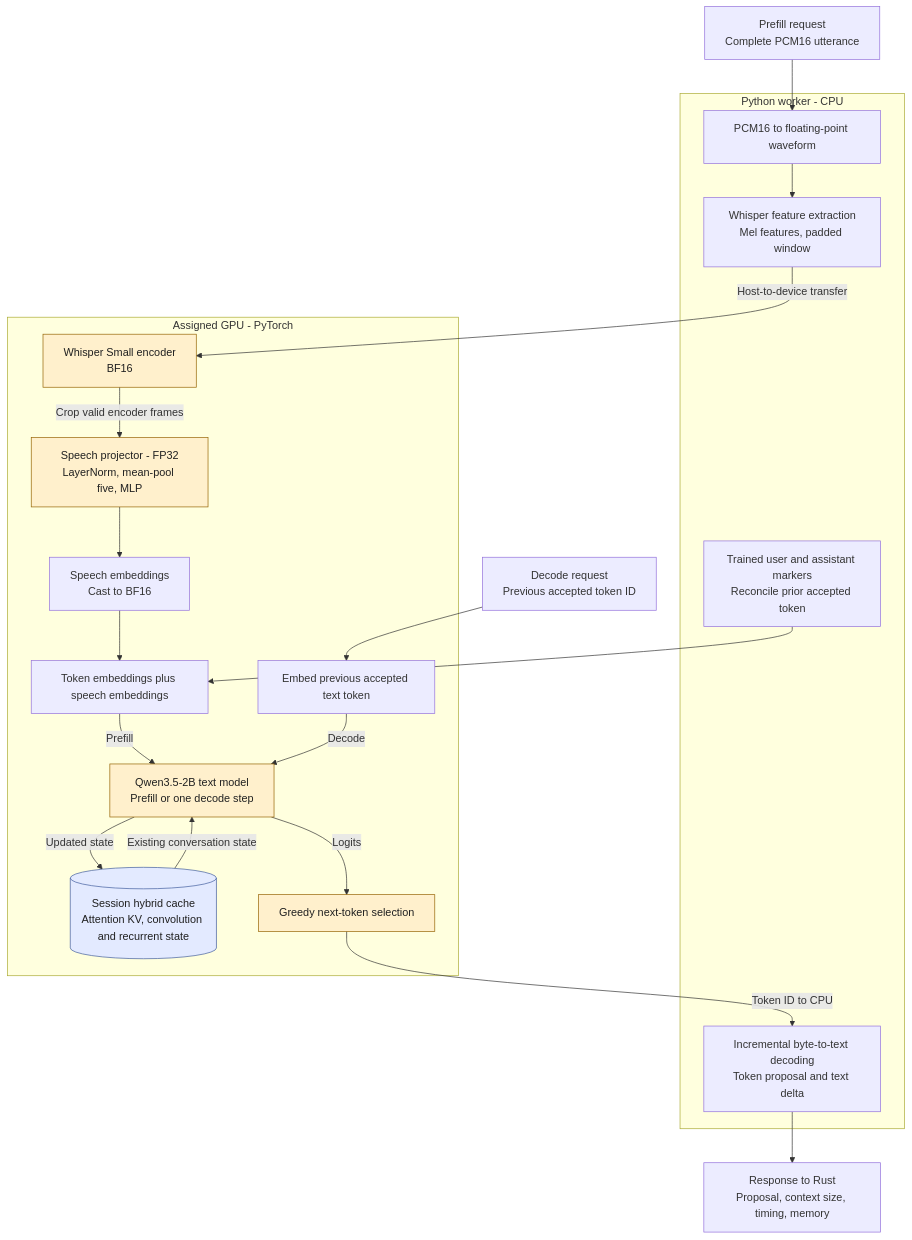
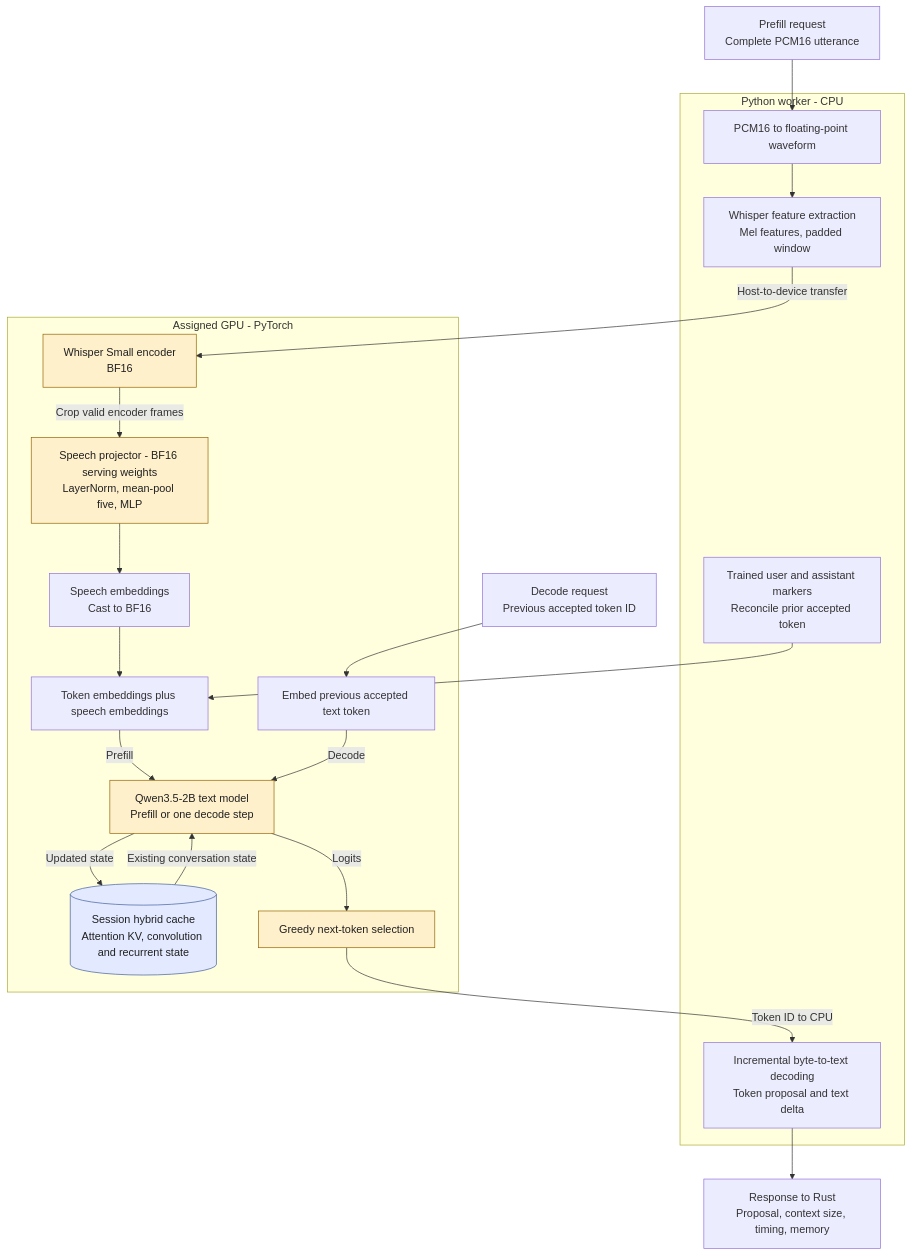
One commit to BertilBraun/rust-speech-runtime changed the third of 7 diagrams in docs/ARCHITECTURE.md. Above: the diagram before and after it, drawn with Mermaid. The commit also changed other lines of this file and 19 other files, not shown here.

````diff
--- a/docs/ARCHITECTURE.md
+++ b/docs/ARCHITECTURE.md
@@ -124,35 +124,35 @@
 ```mermaid
 flowchart TB
     request["Prefill request<br/>Complete PCM16 utterance"]
     subgraph host["Python worker - CPU"]
         waveform["PCM16 to floating-point waveform"]
         mel["Whisper feature extraction<br/>Mel features, padded window"]
         template["Trained user and assistant markers<br/>Reconcile prior accepted token"]
         text["Incremental byte-to-text decoding<br/>Token proposal and text delta"]
     end
     subgraph gpu["Assigned GPU - PyTorch"]
         encoder["Whisper Small encoder<br/>BF16"]
-        projector["Speech projector - FP32<br/>LayerNorm, mean-pool five, MLP"]
+        projector["Speech projector - BF16 serving weights<br/>LayerNorm, mean-pool five, MLP"]
         speech["Speech embeddings<br/>Cast to BF16"]
         prompt["Token embeddings plus speech embeddings"]
         language["Qwen3.5-2B text model<br/>Prefill or one decode step"]
         cache[("Session hybrid cache<br/>Attention KV, convolution and recurrent state")]
         token["Greedy next-token selection"]
         embedding["Embed previous accepted text token"]
     end
     decode["Decode request<br/>Previous accepted token ID"]
     response["Response to Rust<br/>Proposal, context size, timing, memory"]
     request --> waveform --> mel -->|"Host-to-device transfer"| encoder
     encoder -->|"Crop valid encoder frames"| projector --> speech --> prompt
     template --> prompt
     prompt -->|"Prefill"| language
     decode --> embedding -->|"Decode"| language
     cache -->|"Existing conversation state"| language
     language -->|"Updated state"| cache
     language -->|"Logits"| token
     token -->|"Token ID to CPU"| text --> response
     classDef compute fill:#fff0cc,stroke:#946200,color:#202020
     classDef storage fill:#e3eaff,stroke:#405c9c,color:#202020
     class encoder,projector,language,token compute
     class cache storage
 ```
````
